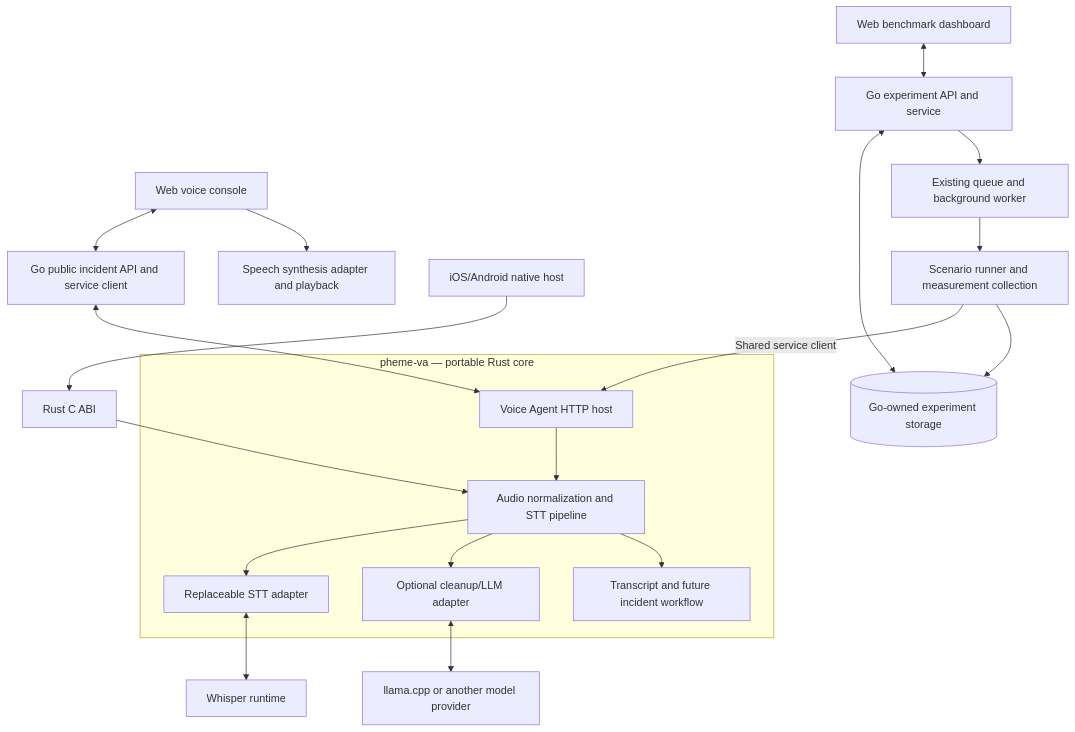
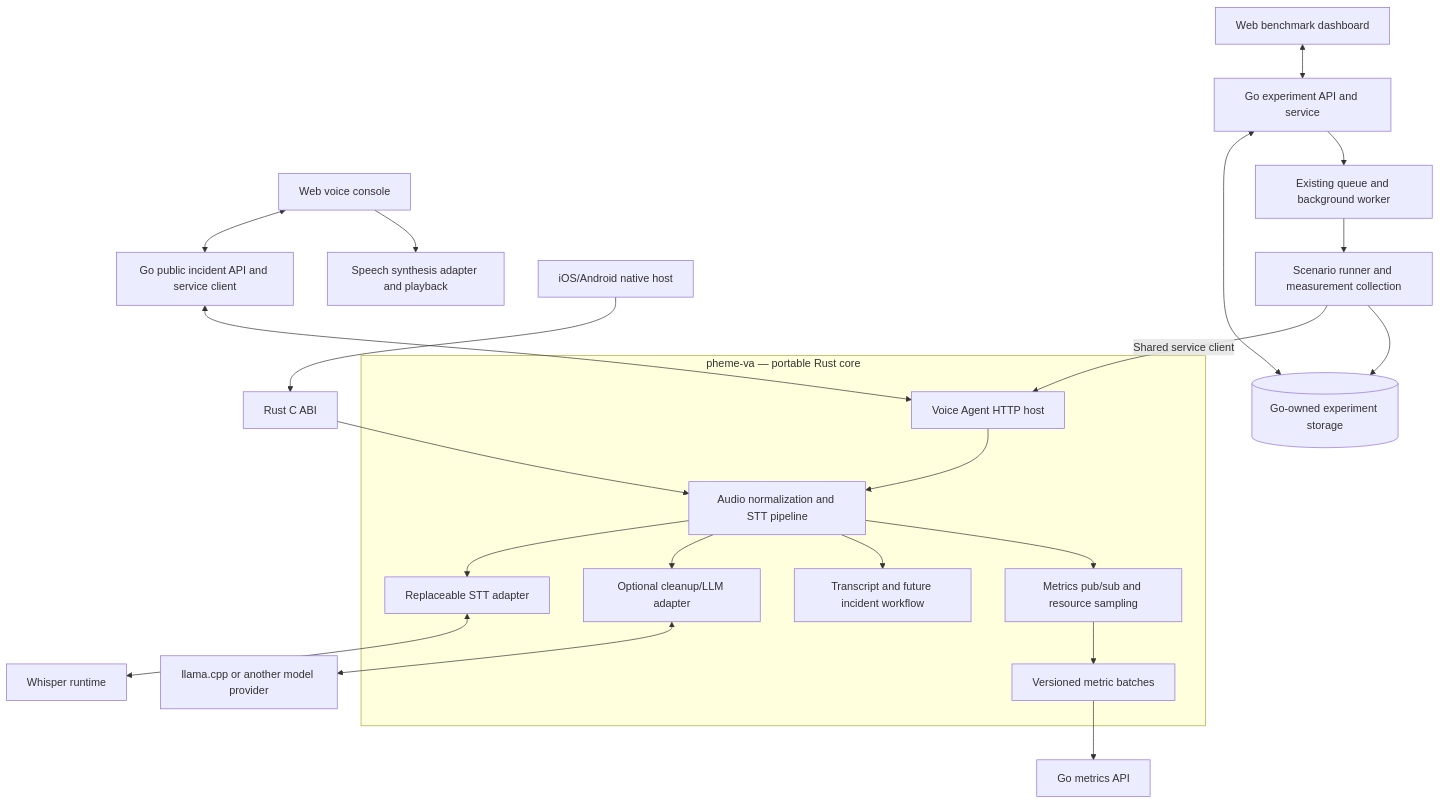
The first of 2 diagrams in docs/architecture.md (CharlieQuirkFYP/agentic-lab), drawn with Mermaid before and after one commit. The commit also changed other lines of this file and 15 other files, not shown here.

````diff
--- a/docs/architecture.md
+++ b/docs/architecture.md
@@ -15,22 +15,25 @@
 ```mermaid
 flowchart TD
     Client[Web voice console] <--> Go[Go public incident API and service client]
     Dashboard[Web benchmark dashboard] <--> Experiments[Go experiment API and service]
     Experiments <--> Results[(Go-owned experiment storage)]
     Experiments --> Queue[Existing queue and background worker]
     Queue --> Runner[Scenario runner and measurement collection]
     Runner -->|Shared service client| AgentAPI
     Go <--> AgentAPI[Voice Agent HTTP host]
     subgraph RustAgent[pheme-va — portable Rust core]
         AgentAPI --> Core[Audio normalization and STT pipeline]
         Core --> WhisperAdapter[Replaceable STT adapter]
         Core --> LLMAdapter[Optional cleanup/LLM adapter]
         Core --> Draft[Transcript and future incident workflow]
+        Core --> Metrics[Metrics pub/sub and resource sampling]
+        Metrics --> Batch[Versioned metric batches]
     end
+    Batch --> GoMetrics[Go metrics API]
     WhisperAdapter <--> Whisper[Whisper runtime]
     LLMAdapter <--> LLM[llama.cpp or another model provider]
     Mobile[iOS/Android native host] --> FFI[Rust C ABI]
     FFI --> Core
     Client --> TTS[Speech synthesis adapter and playback]
     Runner --> Results
 ```
````
